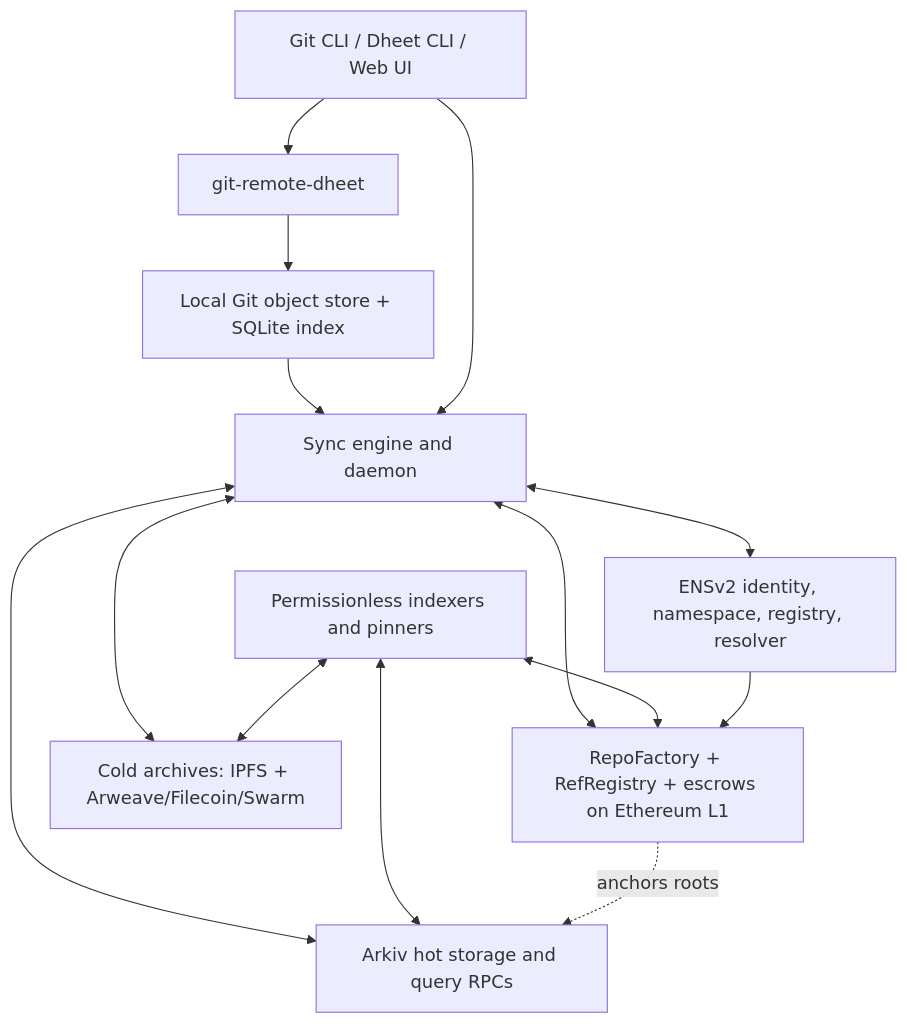
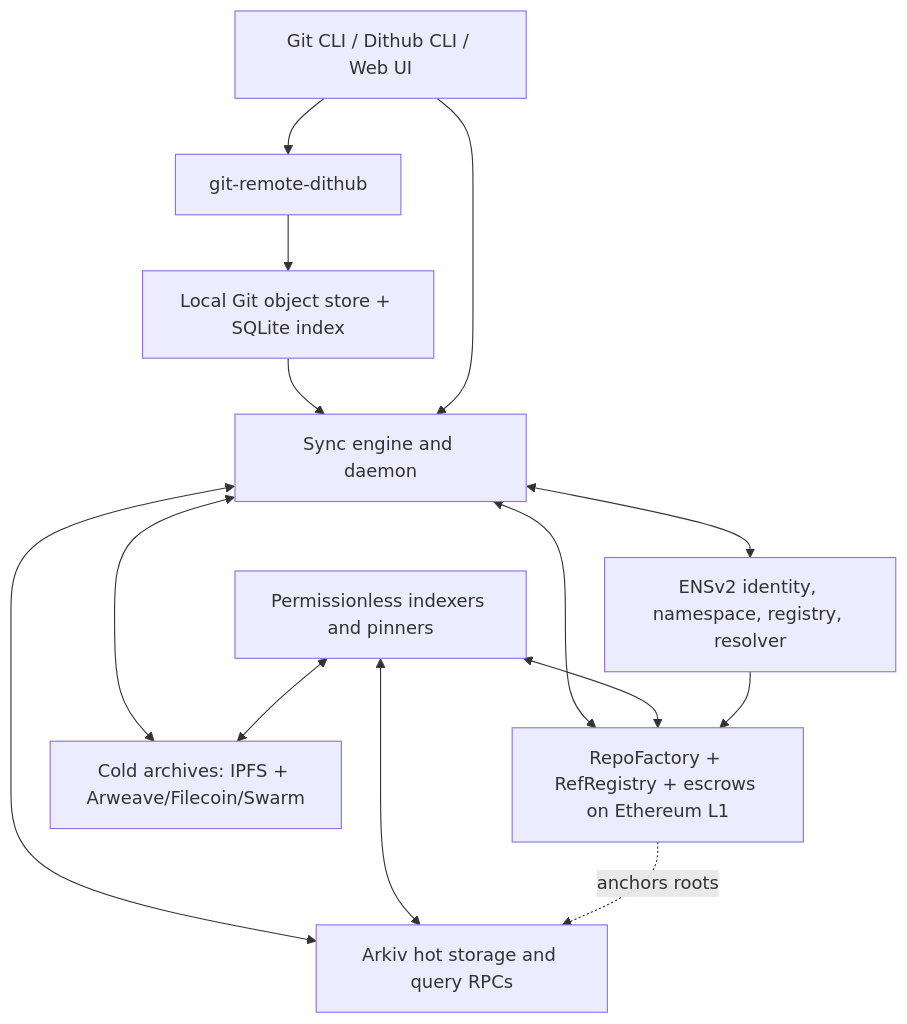
Before and after one commit to rootp1/dithub: the first of 5 diagrams in plan.md, drawn with Mermaid. The commit also changed other lines of this file and 48 other files, not shown here.

Commit message:
Rename Dheet to Dithub

````diff
--- a/plan.md
+++ b/plan.md
@@ -87,24 +87,24 @@
 ```mermaid
 flowchart TB
-  U[Git CLI / Dheet CLI / Web UI]
-  RH[git-remote-dheet]
+  U[Git CLI / Dithub CLI / Web UI]
+  RH[git-remote-dithub]
   LOS[Local Git object store + SQLite index]
   SE[Sync engine and daemon]
   AR[Arkiv hot storage and query RPCs]
   ENS[ENSv2 identity, namespace, registry, resolver]
   L1[RepoFactory + RefRegistry + escrows on Ethereum L1]
   CA[Cold archives: IPFS + Arweave/Filecoin/Swarm]
   IX[Permissionless indexers and pinners]
 
   U --> RH --> LOS --> SE
   U --> SE
   SE <--> AR
   SE <--> ENS
   SE <--> L1
   SE <--> CA
   IX <--> AR
   IX <--> L1
   IX <--> CA
   ENS --> L1
   L1 -. anchors roots .-> AR
 ```
````
